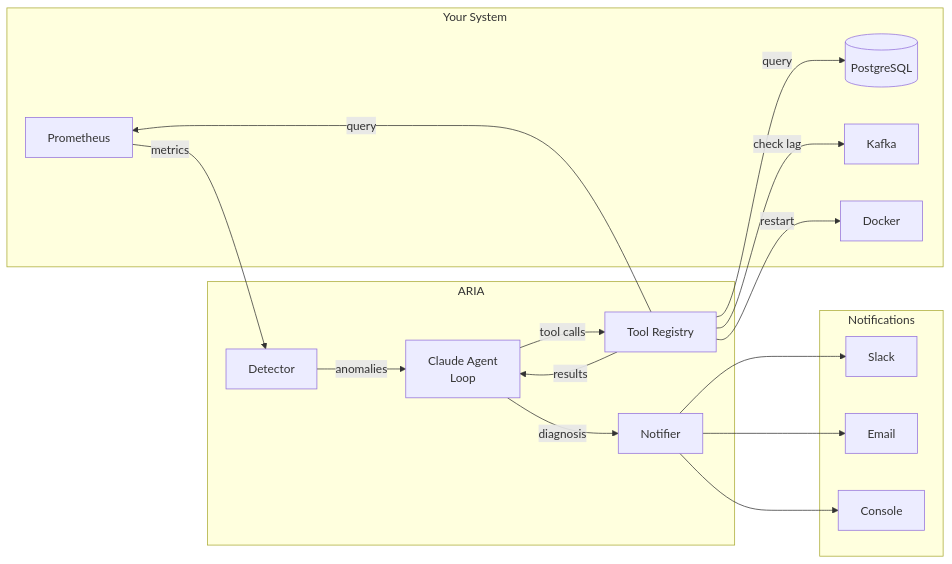
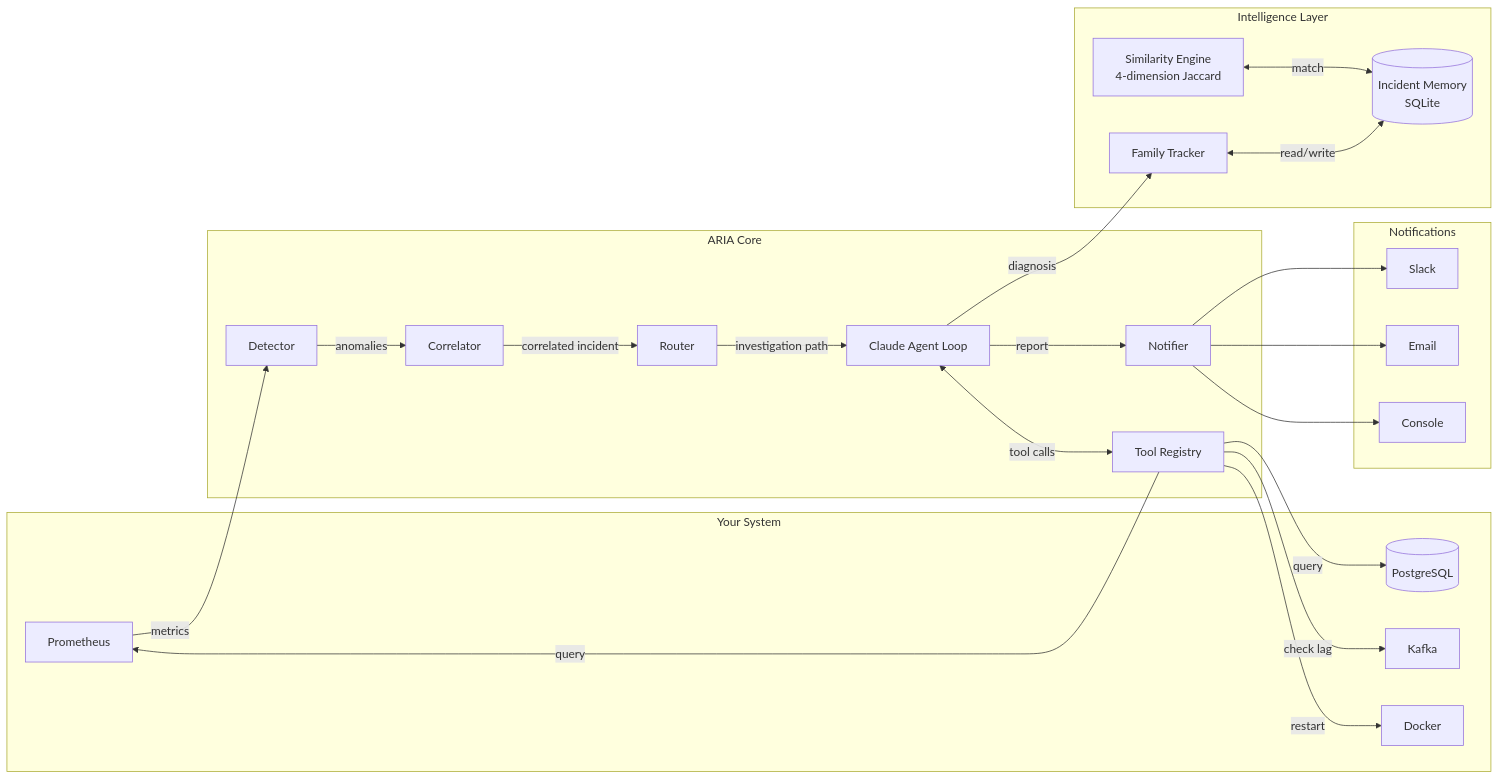
Before and after one commit to dollykaur/aria: the second of 2 diagrams in README.md, drawn with Mermaid. The commit also changed other lines of this file, not shown here.

````diff
--- a/README.md
+++ b/README.md
@@ -59,35 +67,47 @@
 ```mermaid
 graph LR
     subgraph Your System
         P[Prometheus]
         DB[(PostgreSQL)]
         K[Kafka]
         D[Docker]
     end
 
-    subgraph ARIA
+    subgraph ARIA Core
         DET[Detector]
-        AGT[Claude Agent\nLoop]
+        COR[Correlator]
+        RTR[Router]
+        AGT[Claude Agent Loop]
         REG[Tool Registry]
         NOT[Notifier]
+    end
+
+    subgraph Intelligence Layer
+        MEM[(Incident Memory\nSQLite)]
+        FAM[Family Tracker]
+        SIM[Similarity Engine\n4-dimension Jaccard]
     end
 
     subgraph Notifications
         SL[Slack]
         EM[Email]
         CO[Console]
     end
 
     P -->|metrics| DET
-    DET -->|anomalies| AGT
-    AGT -->|tool calls| REG
+    DET -->|anomalies| COR
+    COR -->|correlated incident| RTR
+    RTR -->|investigation path| AGT
+    AGT <-->|tool calls| REG
     REG -->|query| P
     REG -->|query| DB
     REG -->|check lag| K
     REG -->|restart| D
-    REG -->|results| AGT
-    AGT -->|diagnosis| NOT
+    AGT -->|diagnosis| FAM
+    FAM <-->|read/write| MEM
+    SIM <-->|match| MEM
+    AGT -->|report| NOT
     NOT --> SL
     NOT --> EM
     NOT --> CO
 ```
````
